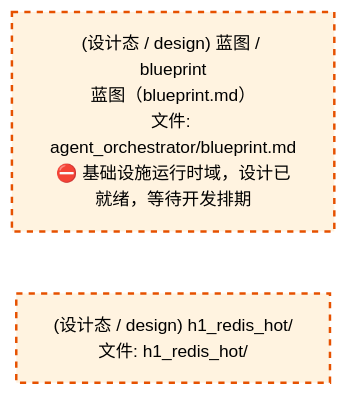
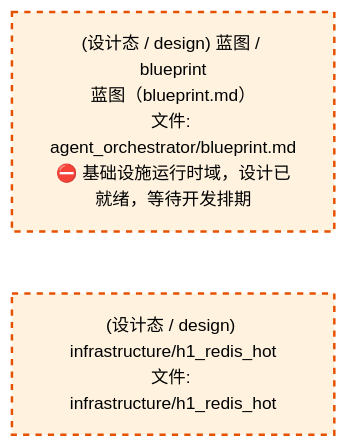
The third of 4 diagrams in docs/02_enterprise_architecture/02_domain_architecture_docs/06_d_infra_runtime.md (xuanFelixVan/ZephyrAlpha), drawn with Mermaid before and after one commit. The commit also changed other lines of this file and 3 other files, not shown here.

````diff
--- a/docs/02_enterprise_architecture/02_domain_architecture_docs/06_d_infra_runtime.md
+++ b/docs/02_enterprise_architecture/02_domain_architecture_docs/06_d_infra_runtime.md
@@ -1032,12 +1032,12 @@
 ```mermaid
 %%{init: {'theme': 'base', 'themeVariables': {'primaryColor': '#eaeaea', 'primaryTextColor': '#333333', 'primaryBorderColor': '#666666', 'lineColor': '#666666', 'secondaryColor': '#eaeaea', 'tertiaryColor': '#eaeaea', 'fontSize': '14px'}}}%%
 flowchart TD
     docs_03_modules_cross_layer_agent_orchestrator_blueprint_md["(设计态 / design) 蓝图 / blueprint<br/>蓝图（blueprint.md）<br/>文件: agent_orchestrator/blueprint.md<br/>⛔ 基础设施运行时域，设计已就绪，等待开发排期"]
-    src_zephyr_infrastructure_h1_redis_hot["(设计态 / design) h1_redis_hot/<br/>文件: h1_redis_hot/"]
+    src_zephyr_infrastructure_h1_redis_hot["(设计态 / design) infrastructure/h1_redis_hot<br/>文件: infrastructure/h1_redis_hot"]
     docs_03_modules_cross_layer_agent_orchestrator_blueprint_md ~~~ src_zephyr_infrastructure_h1_redis_hot
     classDef production fill:#e1f5fe,stroke:#01579b,stroke-width:2px,color:#000
     classDef design fill:#fff3e0,stroke:#e65100,stroke-width:2px,color:#000,stroke-dasharray: 5 5
     classDef external_prod fill:#e8f4fd,stroke:#0277bd,stroke-width:1px,color:#000
     classDef external_design fill:#fff8e7,stroke:#ef6c00,stroke-width:1px,color:#000,stroke-dasharray: 5 5
     class docs_03_modules_cross_layer_agent_orchestrator_blueprint_md,src_zephyr_infrastructure_h1_redis_hot design
 ```
````
